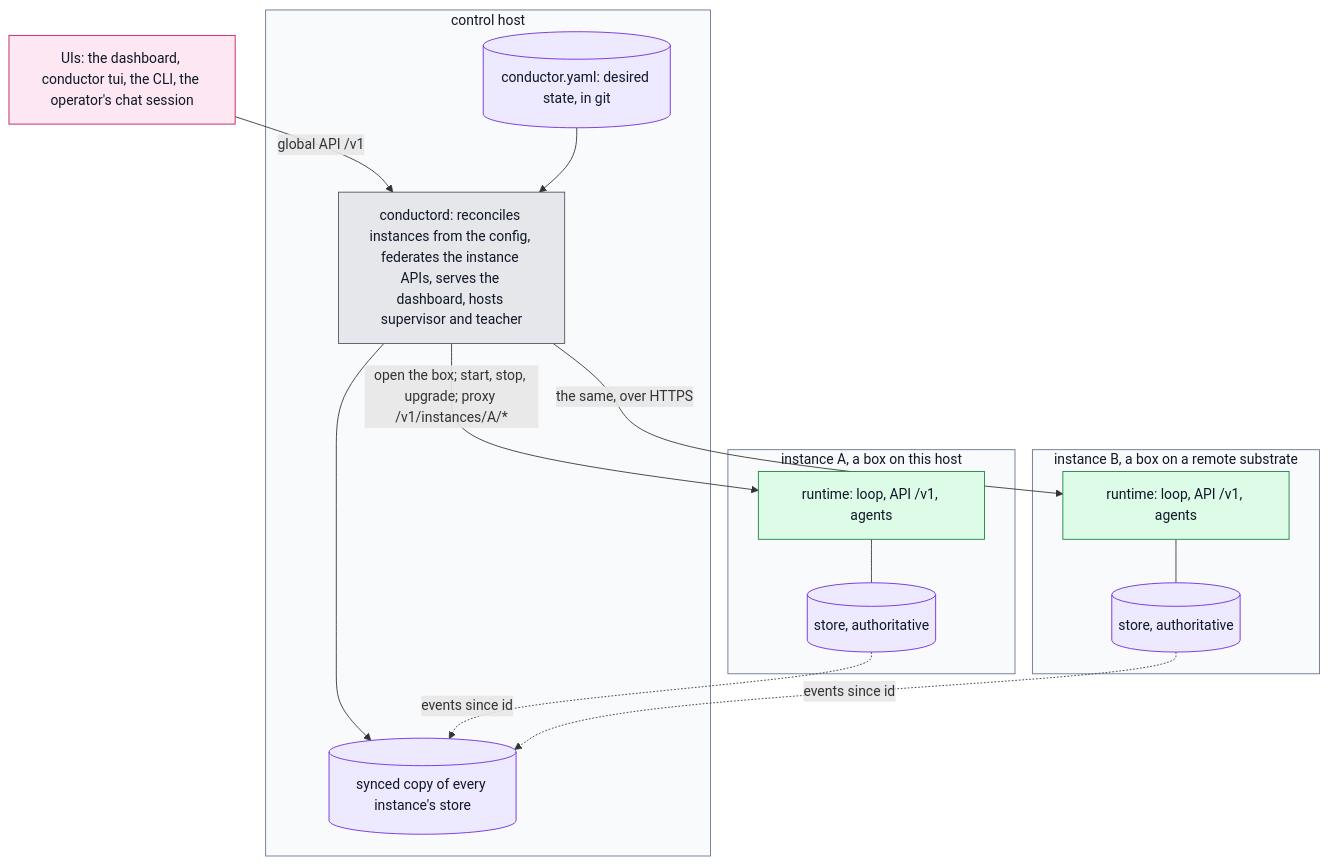
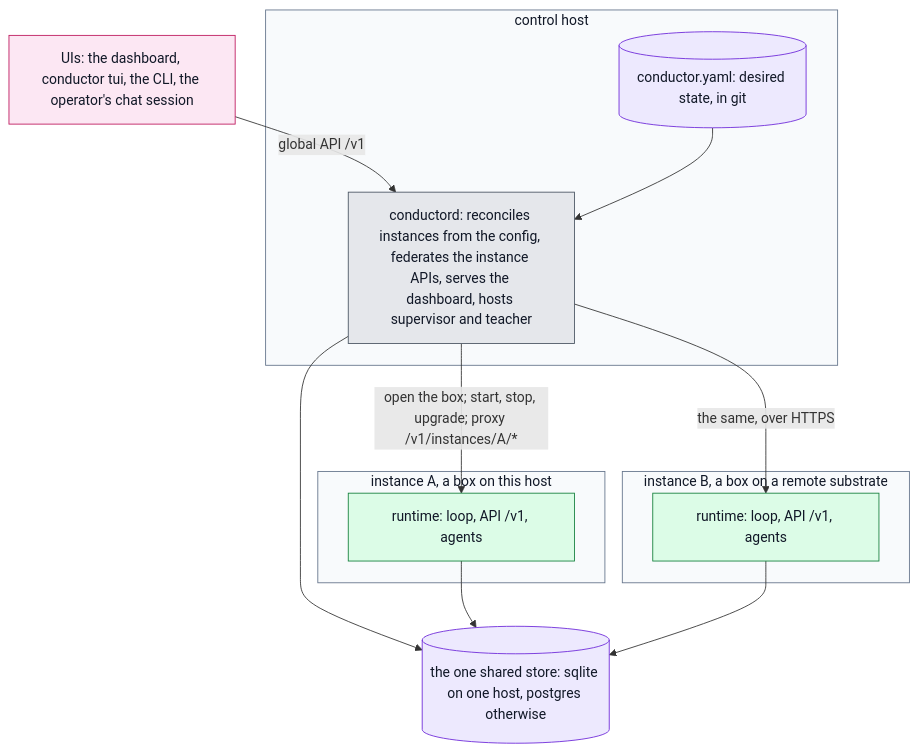
The sixth of 12 diagrams in website/docs/concepts/architecture.md (beyond10x/conductor), drawn with Mermaid before and after one commit. The commit also changed other lines of this file and 1 other file, not shown here.

First line of the commit message:
design: one shared database per deployment, no store per instance and no sync

````diff
--- a/website/docs/concepts/architecture.md
+++ b/website/docs/concepts/architecture.md
@@ -329,30 +329,30 @@
 ```mermaid
 flowchart TB
   classDef host fill:#dbeafe,stroke:#1d4ed8,color:#111827
   classDef model fill:#dcfce7,stroke:#15803d,color:#111827
   classDef nomodel fill:#e5e7eb,stroke:#4b5563,color:#111827
   classDef store fill:#ede9fe,stroke:#6d28d9,color:#111827
   classDef cmd fill:#fce7f3,stroke:#be185d,color:#111827
   ui["UIs: the dashboard, conductor tui, the CLI, the operator's chat session"]:::cmd
   ui -->|global API /v1| d
   subgraph ctl["control host"]
     d["conductord: reconciles instances from the config, federates the instance APIs, serves the dashboard, hosts supervisor and teacher"]:::nomodel
     cfg[("conductor.yaml: desired state, in git")]:::store
-    sync[("synced copy of every instance's store")]:::store
     cfg --> d
-    d --> sync
   end
   style ctl fill:#f8fafc,stroke:#64748b,color:#111827
+  db[("the one shared store: sqlite on one host, postgres otherwise")]:::store
+  d --> db
   d -->|open the box; start, stop, upgrade; proxy /v1/instances/A/*| ra
   d -->|the same, over HTTPS| rb
   subgraph ia["instance A, a box on this host"]
-    ra["runtime: loop, API /v1, agents"]:::model --- sa[("store, authoritative")]:::store
+    ra["runtime: loop, API /v1, agents"]:::model
   end
   subgraph ib["instance B, a box on a remote substrate"]
-    rb["runtime: loop, API /v1, agents"]:::model --- sb[("store, authoritative")]:::store
+    rb["runtime: loop, API /v1, agents"]:::model
   end
   style ia fill:#f8fafc,stroke:#64748b,color:#111827
   style ib fill:#f8fafc,stroke:#64748b,color:#111827
-  sa -.->|events since id| sync
-  sb -.->|events since id| sync
+  ra --> db
+  rb --> db
 ```
````
